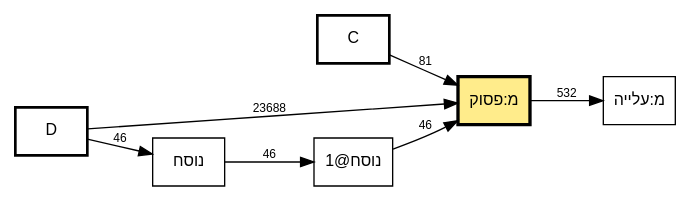
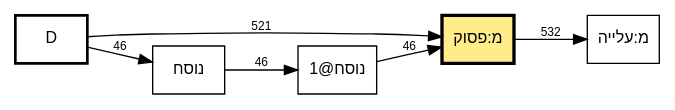
Before and after one commit to bdenckla/MAM-basics: the diagram in out/tmpl-survey-plain/plain-mpasuq-call-graph.dot, drawn with Graphviz. The commit also changed 13 other files, not shown here.

```diff
--- a/out/tmpl-survey-plain/plain-mpasuq-call-graph.dot
+++ b/out/tmpl-survey-plain/plain-mpasuq-call-graph.dot
@@ -1,25 +1,23 @@
 // This file was generated by MAM-basics/py/main_tmpl_survey.py.
 // Do not edit by hand.
 digraph template_call_graph {
     rankdir=LR;
     node [fontname="SBL Hebrew,Helvetica", fontsize=12];
     edge [fontname="Helvetica", fontsize=9];
     graph [comment="This file was generated by MAM-basics/py/main_tmpl_survey.py."];
 
     // Column nodes
     node [shape=box, style=bold];
-    "C";
     "D";
 
     // Template nodes
     node [shape=box, style=""];
     "מ:פסוק" [fillcolor="lightgoldenrod1", style="filled", penwidth=2.5];
 
     // Edges
-    "C" -> "מ:פסוק" [label="81"];
-    "D" -> "מ:פסוק" [label="23688"];
+    "D" -> "מ:פסוק" [label="521"];
     "D" -> "נוסח" [label="46"];
     "מ:פסוק" -> "מ:עלייה" [label="532"];
     "נוסח" -> "נוסח@1" [label="46"];
     "נוסח@1" -> "מ:פסוק" [label="46"];
 }
```
